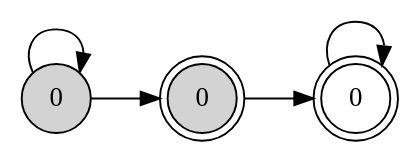
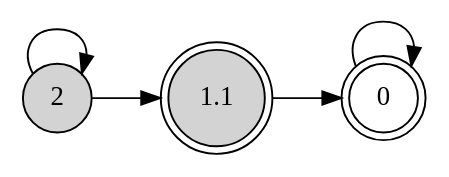
One commit to ccisman/DAMER2.0_release changed the diagram in exe/SBA.dot. Above: the diagram before and after it, drawn with Graphviz. The commit also changed 2 other files, not shown here.

```diff
--- a/exe/SBA.dot
+++ b/exe/SBA.dot
@@ -1,11 +1,11 @@
 digraph SBA{
 	rankdir=LR
-	0 [shape=circle,style=filled,label="0"]
-	1 [shape=doublecircle,style=filled,label="0"]
+	0 [shape=circle,style=filled,label="2"]
+	1 [shape=doublecircle,style=filled,label="1.1"]
 	2 [shape=doublecircle,label="0"]
 
 	0->0
 	0->1
 	1->2
 	2->2
 }
```
